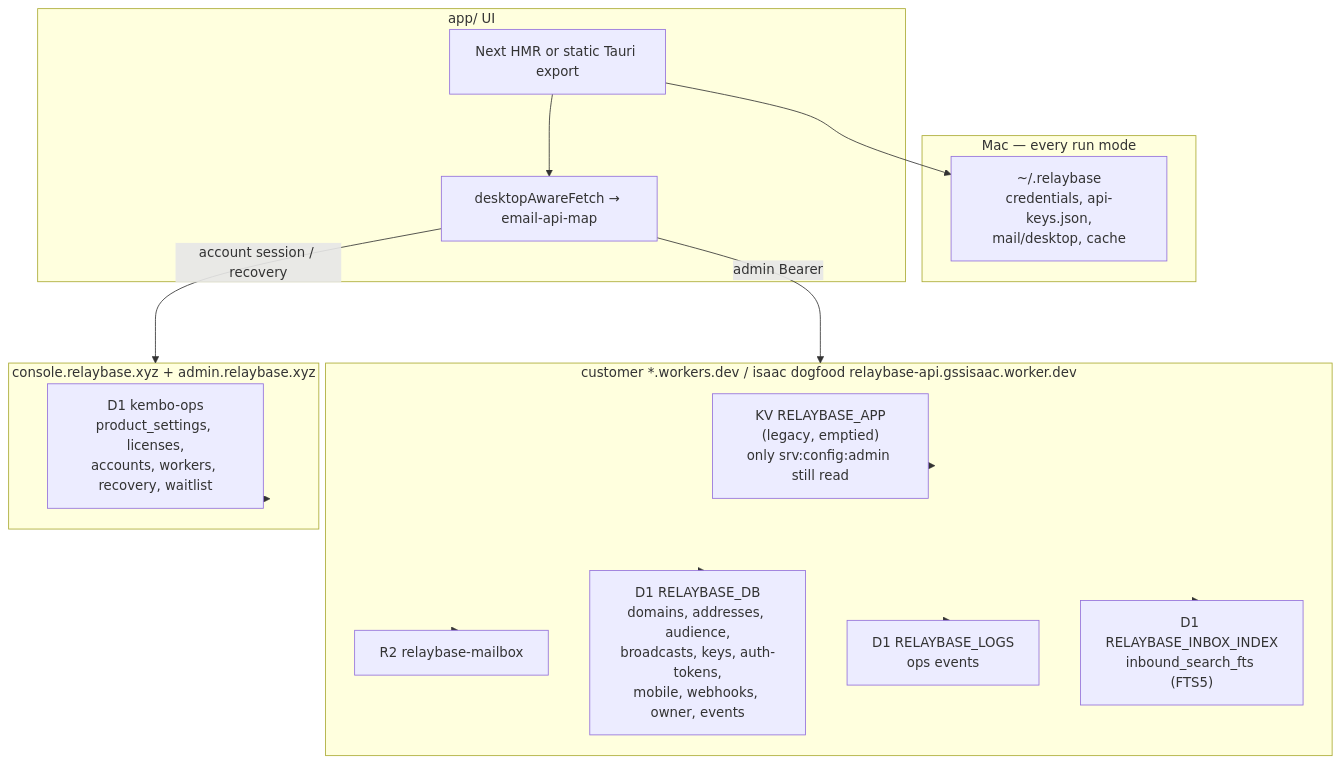
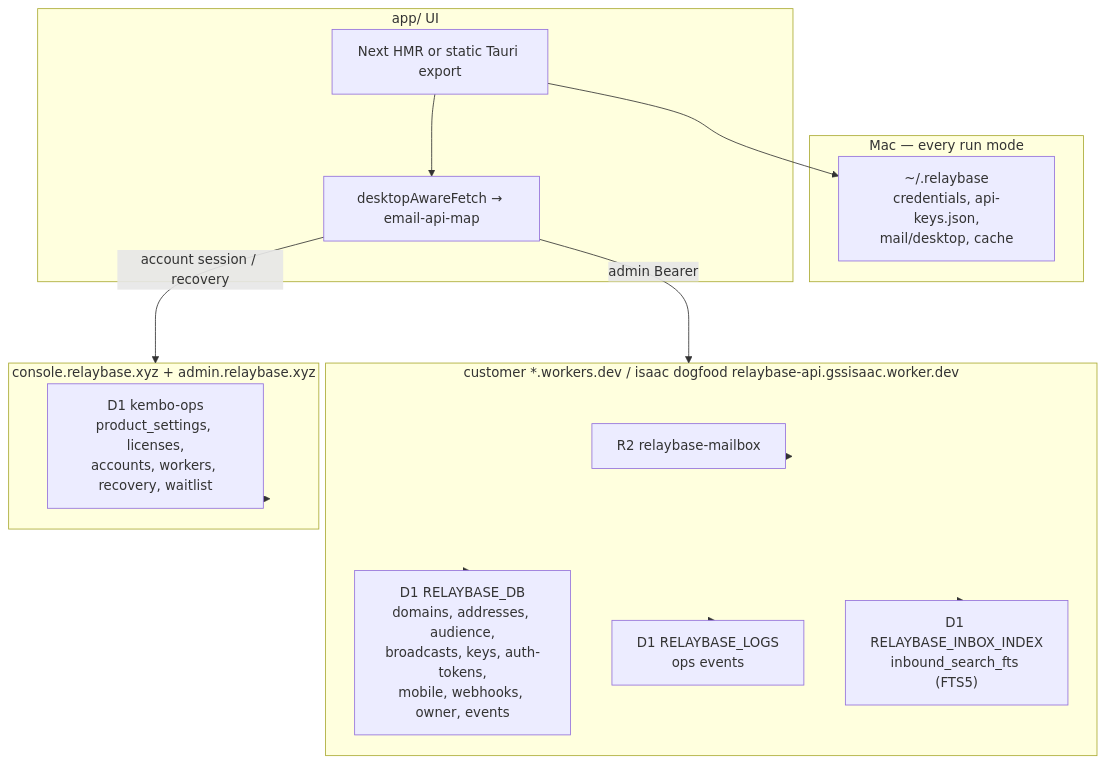
Before and after one commit to gssisaac/relaybase: the diagram in docs/storage-architecture.md, drawn with Mermaid. The commit also changed other lines of this file and 39 other files, not shown here.

First line of the commit message:
Remove product Worker KV; admin token recovery in D1.

````diff
--- a/docs/storage-architecture.md
+++ b/docs/storage-architecture.md
@@ -26,30 +25,28 @@
 ```mermaid
 flowchart TB
   subgraph local [Mac — every run mode]
     Home["~/.relaybase\ncredentials, api-keys.json,\nmail/desktop, cache"]
   end
   subgraph client [app/ UI]
     UI["Next HMR or static Tauri export"]
     Fetch["desktopAwareFetch → email-api-map"]
   end
   subgraph worker [customer *.workers.dev / isaac dogfood relaybase-api.gssisaac.worker.dev]
-    KV["KV RELAYBASE_APP\n(legacy, emptied)\nonly srv:config:admin still read"]
     R2["R2 relaybase-mailbox"]
     D1App["D1 RELAYBASE_DB\ndomains, addresses, audience,\nbroadcasts, keys, auth-tokens,\nmobile, webhooks, owner, events"]
     D1["D1 RELAYBASE_LOGS\nops events"]
     D1Search["D1 RELAYBASE_INBOX_INDEX\ninbound_search_fts (FTS5)"]
   end
   subgraph console [console.relaybase.xyz + admin.relaybase.xyz]
     KemboD1["D1 kembo-ops\nproduct_settings, licenses,\naccounts, workers, recovery, waitlist"]
   end
   UI --> Fetch
   Fetch -->|"admin Bearer"| worker
   Fetch -->|"account session / recovery"| console
   UI --> Home
-  worker --> KV
   worker --> R2
   worker --> D1App
   worker --> D1
   worker --> D1Search
   console --> KemboD1
 ```
````
